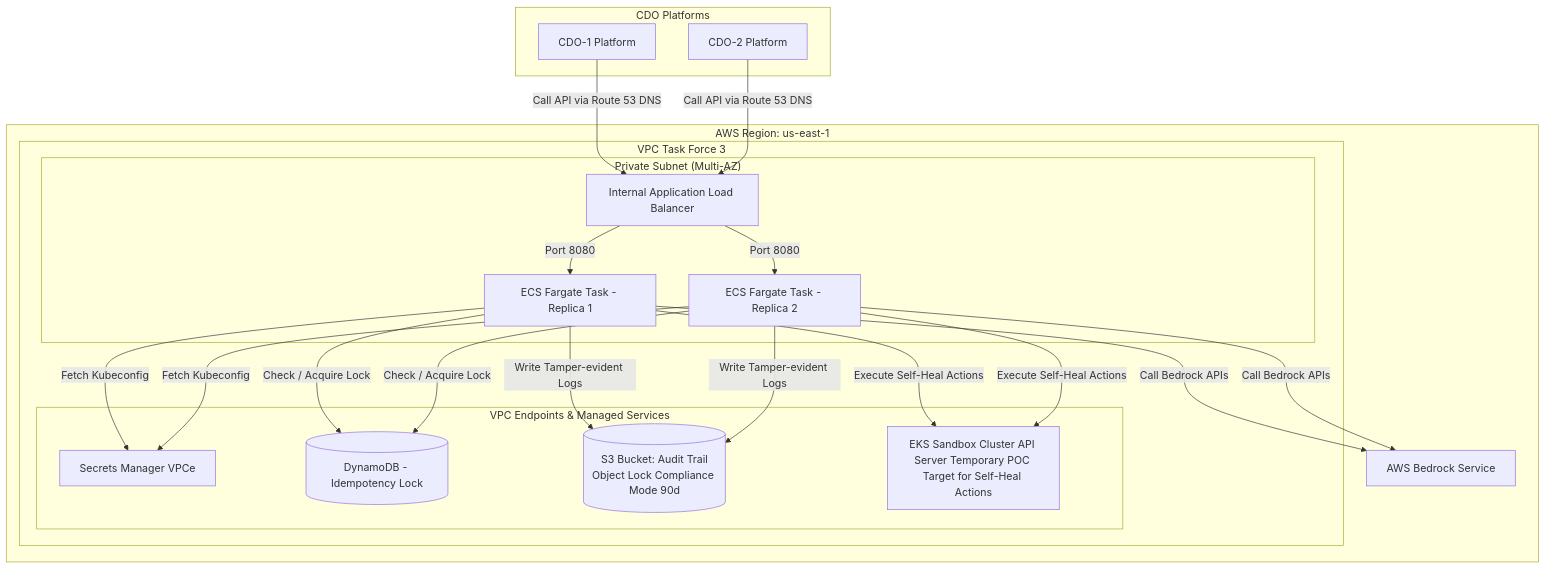
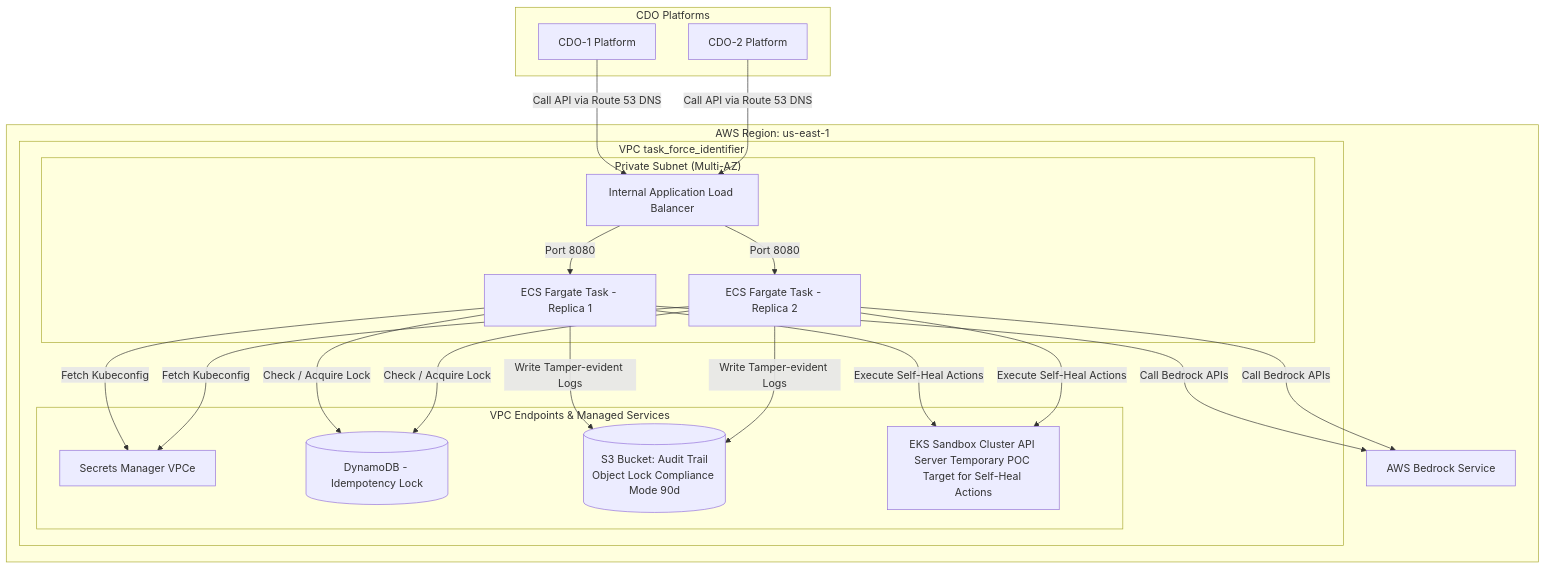
The diagram in AI-contracts/deployment-contract.md (tuu-ngo/Self-Heal-Agent-AWS), drawn with Mermaid before and after one commit. The commit also changed other lines of this file and 1 other file, not shown here.

````diff
--- a/AI-contracts/deployment-contract.md
+++ b/AI-contracts/deployment-contract.md
@@ -215,36 +243,36 @@
 ```mermaid
 graph TB
     subgraph "AWS Region: us-east-1"
-        subgraph "VPC Task Force 3"
+        subgraph "VPC task_force_identifier"
             subgraph "Private Subnet (Multi-AZ)"
                 ALB[Internal Application Load Balancer]
                 ECS1[ECS Fargate Task - Replica 1]
                 ECS2[ECS Fargate Task - Replica 2]
                 ALB -->|Port 8080| ECS1
                 ALB -->|Port 8080| ECS2
             end
             
             subgraph "VPC Endpoints & Managed Services"
                 SM[Secrets Manager VPCe]
                 DDB[(DynamoDB - Idempotency Lock)]
                 S3[(S3 Bucket: Audit Trail<br>Object Lock Compliance Mode 90d)]
                 EKS_API[EKS Sandbox Cluster API Server Temporary POC Target for Self-Heal Actions]
             end
             
             ECS1 & ECS2 -->|Fetch Kubeconfig| SM
             ECS1 & ECS2 -->|Check / Acquire Lock| DDB
             ECS1 & ECS2 -->|Write Tamper-evident Logs| S3
             ECS1 & ECS2 -->|Execute Self-Heal Actions| EKS_API
         end
         
         Bedrock[AWS Bedrock Service]
         ECS1 & ECS2 -->|Call Bedrock APIs| Bedrock
     end
 
     subgraph "CDO Platforms"
         CDO1[CDO-1 Platform]
         CDO2[CDO-2 Platform]
     end
 
     CDO1 & CDO2 -->|Call API via Route 53 DNS| ALB
 ```
````
